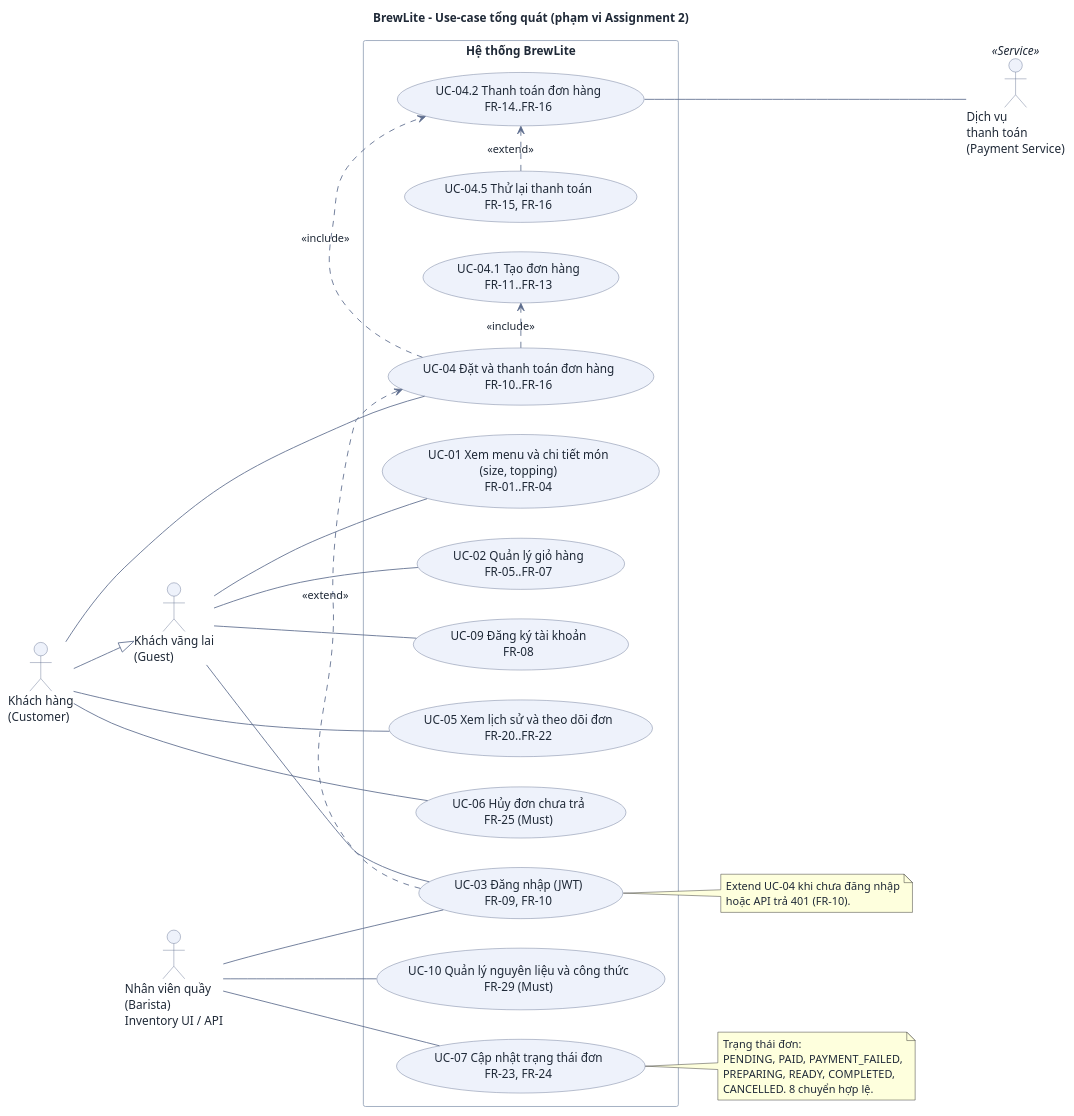
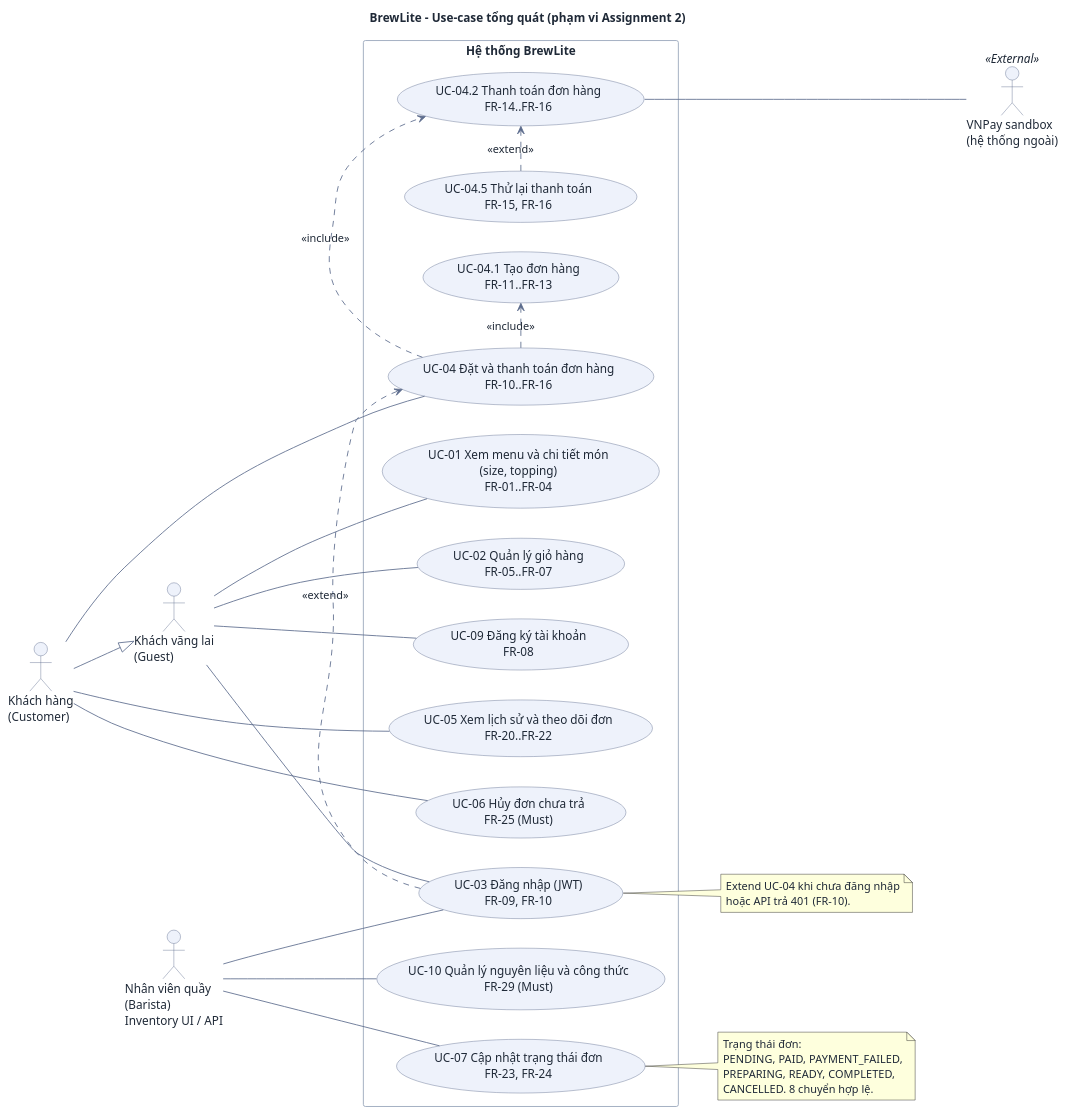
One commit to DuVinhLoi/BrewLite changed the diagram in docs/requirements/use-case-overview.puml. Above: the diagram before and after it, drawn with PlantUML. The commit also changed 4 other files, not shown here.

Commit message:
docs(payment): describe VNPay context, architecture and deployment

```diff
--- a/docs/requirements/use-case-overview.puml
+++ b/docs/requirements/use-case-overview.puml
@@ -1,74 +1,74 @@
 @startuml use-case-overview
 ' BrewLite A2 - Use-case diagram tong quat (de A2 3.2 muc 5). Nguon: docs/requirements/srs.md muc 2.
 skinparam DefaultFontColor #1f2937
 skinparam ArrowColor #5b6b8c
 skinparam ArrowFontColor #1f2937
 skinparam PackageBackgroundColor #f8fafc
 skinparam PackageBorderColor #94a3b8
 skinparam RectangleBackgroundColor #ffffff
 skinparam RectangleBorderColor #94a3b8
 skinparam ActorBackgroundColor #eef2fb
 skinparam ActorBorderColor #5b6b8c
 skinparam UsecaseBackgroundColor #eef2fb
 skinparam UsecaseBorderColor #5b6b8c
 skinparam Shadowing false
 
 left to right direction
 
 title BrewLite - Use-case tổng quát (phạm vi Assignment 2)
 
 actor "Khách vãng lai\n(Guest)" as Guest
 actor "Khách hàng\n(Customer)" as Customer
 actor "Nhân viên quầy\n(Barista)\nInventory UI / API" as Barista
-actor "Dịch vụ\nthanh toán\n(Payment Service)" as Pay <<Service>>
+actor "VNPay sandbox\n(hệ thống ngoài)" as Pay <<External>>
 
 Customer --|> Guest
 
 rectangle "Hệ thống BrewLite" {
   usecase "UC-01 Xem menu và chi tiết món\n(size, topping)\nFR-01..FR-04" as UC01
   usecase "UC-02 Quản lý giỏ hàng\nFR-05..FR-07" as UC02
   usecase "UC-03 Đăng nhập (JWT)\nFR-09, FR-10" as UC03
   usecase "UC-09 Đăng ký tài khoản\nFR-08" as UC09
   usecase "UC-04 Đặt và thanh toán đơn hàng\nFR-10..FR-16" as UC04
   usecase "UC-04.1 Tạo đơn hàng\nFR-11..FR-13" as UC041
   usecase "UC-04.2 Thanh toán đơn hàng\nFR-14..FR-16" as UC042
   usecase "UC-04.5 Thử lại thanh toán\nFR-15, FR-16" as UC045
   usecase "UC-05 Xem lịch sử và theo dõi đơn\nFR-20..FR-22" as UC05
   usecase "UC-06 Hủy đơn chưa trả\nFR-25 (Must)" as UC06
   usecase "UC-10 Quản lý nguyên liệu và công thức\nFR-29 (Must)" as UC10
   usecase "UC-07 Cập nhật trạng thái đơn\nFR-23, FR-24" as UC07
 }
 
 Guest --- UC01
 Guest --- UC02
 Guest --- UC03
 Guest --- UC09
 
 Customer --- UC04
 Customer --- UC05
 Customer --- UC06
 
 Barista --- UC03
 Barista --- UC07
 Barista --- UC10
 
 UC04 .> UC041 : <<include>>
 UC04 .> UC042 : <<include>>
 UC045 .> UC042 : <<extend>>
 UC03 .> UC04 : <<extend>>
 
 UC042 --- Pay
 
 note right of UC03
   Extend UC-04 khi chưa đăng nhập
   hoặc API trả 401 (FR-10).
 end note
 
 note right of UC07
   Trạng thái đơn:
   PENDING, PAID, PAYMENT_FAILED,
   PREPARING, READY, COMPLETED,
   CANCELLED. 8 chuyển hợp lệ.
 end note
 
 @enduml
```
